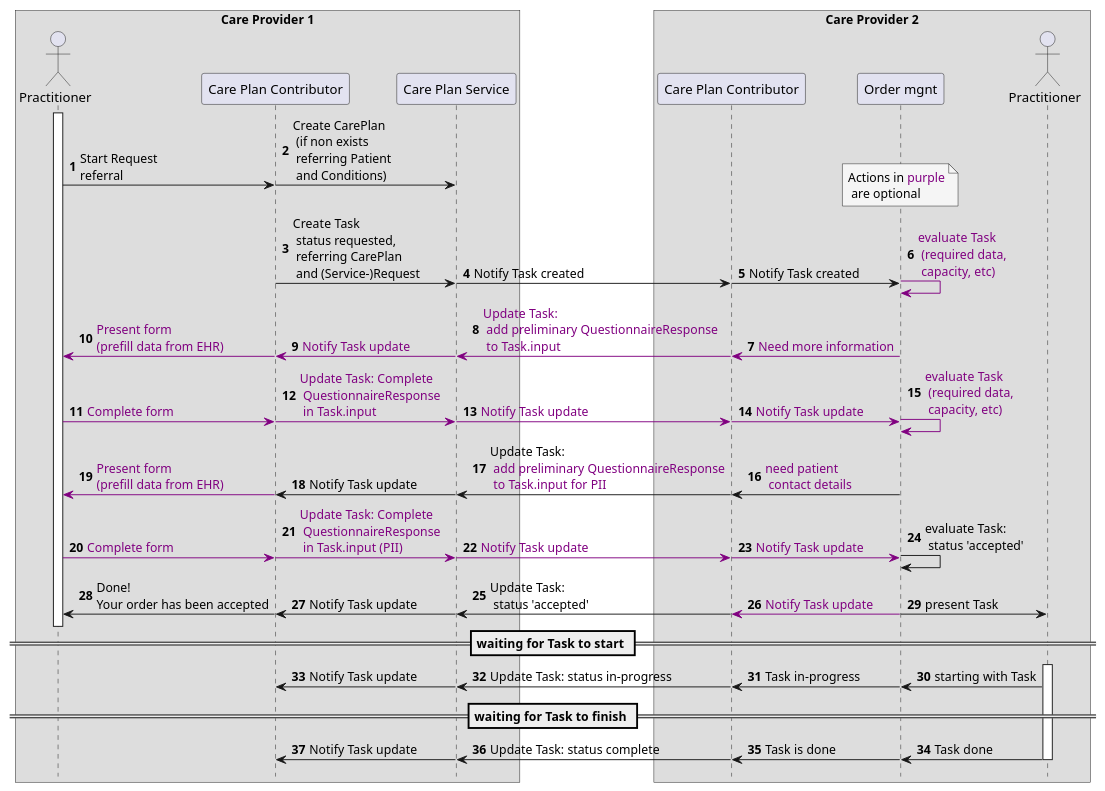
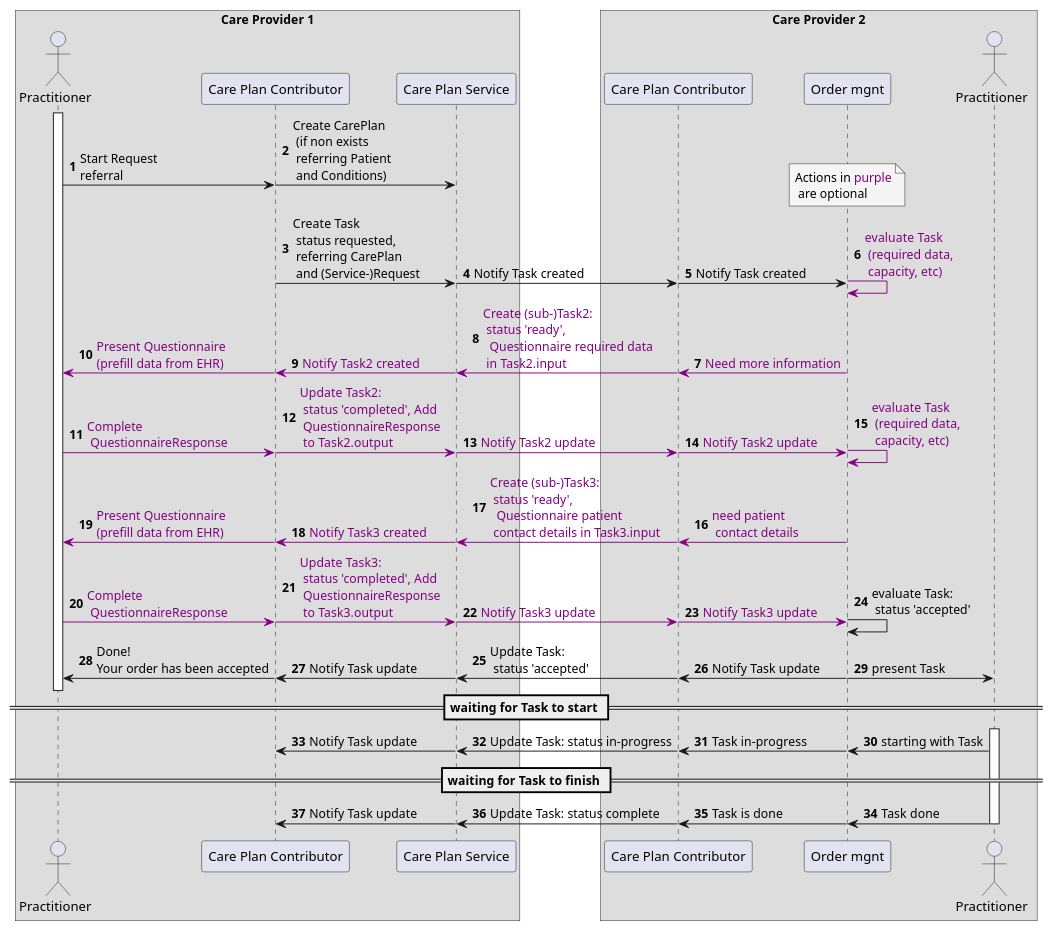
The diagram in input/images-source/overview-task-negotiation-1-2.plantuml (SanteonNL/shared-care-planning), drawn with PlantUML before and after one commit. The commit also changed 4 other files, not shown here.

```diff
--- a/input/images-source/overview-task-negotiation-1-2.plantuml
+++ b/input/images-source/overview-task-negotiation-1-2.plantuml
@@ -1,73 +1,71 @@
 @startuml overview-task-negotiation-1-2
 autonumber
 !pragma teoz true
 
 box Care Provider 1
     actor "Practitioner" as Practitioner1
     participant "Care Plan Contributor" as CPC1
     participant "Care Plan Service" as CPS
 end box
 box Care Provider 2
      participant "Care Plan Contributor" as CPC2
     participant "Order mgnt" as EHR2
     actor "Practitioner" as Practitioner2
 end box
 
-hide footbox
-
 activate Practitioner1
 Practitioner1 -> CPC1 : Start Request\nreferral
 &CPC1 -> CPS : Create CarePlan\n (if non exists\n referring Patient\n and Conditions)
 & note over EHR2 #WhiteSmoke
 Actions in <color #purple>purple
  are optional
 end note
 CPC1 -> CPS : Create Task\n status requested,\n referring CarePlan\n and (Service-)Request
 & CPS -> CPC2  : Notify Task created
 & CPC2 -> EHR2  : Notify Task created
 & EHR2 -[#purple]> EHR2 : <color #purple>evaluate Task\n <color #purple>(required data,\n <color #purple>capacity, etc)
 
 
 EHR2 -[#purple]> CPC2 : <color #purple>Need more information
-& CPC2 -[#purple]> CPS  : <color #purple>Update Task:\n <color #purple>add preliminary QuestionnaireResponse\n <color #purple>to Task.input
-& CPS -[#purple]> CPC1 : <color #purple>Notify Task update
-& CPC1 -[#purple]> Practitioner1 : <color #purple>Present form\n<color #purple>(prefill data from EHR)
+& CPC2 -[#purple]> CPS  : <color #purple>Create (sub-)Task2:\n <color #purple>status 'ready',\n <color #purple> Questionnaire required data\n <color #purple>in Task2.input
+& CPS -[#purple]> CPC1 : <color #purple>Notify Task2 created
+& CPC1 -[#purple]> Practitioner1 : <color #purple>Present Questionnaire\n<color #purple>(prefill data from EHR)
 
-Practitioner1 -[#purple]> CPC1 : <color #purple>Complete form
-& CPC1 -[#purple]> CPS : <color #purple>Update Task: Complete\n <color #purple>QuestionnaireResponse\n <color #purple>in Task.input
-& CPS -[#purple]> CPC2 : <color #purple>Notify Task update
-& CPC2 -[#purple]> EHR2 : <color #purple>Notify Task update
+Practitioner1 -[#purple]> CPC1 : <color #purple>Complete\n <color #purple>QuestionnaireResponse
+& CPC1 -[#purple]> CPS : <color #purple>Update Task2: \n <color #purple>status 'completed', Add\n <color #purple>QuestionnaireResponse\n <color #purple>to Task2.output
+& CPS -[#purple]> CPC2 : <color #purple>Notify Task2 update
+& CPC2 -[#purple]> EHR2 : <color #purple>Notify Task2 update
 & EHR2 -[#purple]> EHR2 : <color #purple>evaluate Task\n <color #purple>(required data,\n <color #purple>capacity, etc)
 
-EHR2 -> CPC2 : <color #purple>need patient\n <color #purple>contact details
-& CPC2 -> CPS : Update Task: \n <color #purple>add preliminary QuestionnaireResponse\n <color #purple>to Task.input for PII
-& CPS -> CPC1 : Notify Task update
-& CPC1 -[#purple]> Practitioner1 : <color #purple>Present form\n<color #purple>(prefill data from EHR)
+EHR2 -[#purple]> CPC2 : <color #purple>need patient\n <color #purple>contact details
+& CPC2 -[#purple]> CPS : <color #purple>Create (sub-)Task3: \n <color #purple>status 'ready',\n <color #purple> Questionnaire patient\n <color #purple>contact details in Task3.input
+& CPS -[#purple]> CPC1 :<color #purple>Notify Task3 created
+& CPC1 -[#purple]> Practitioner1 : <color #purple>Present Questionnaire\n<color #purple>(prefill data from EHR)
 
-Practitioner1 -[#purple]> CPC1 : <color #purple>Complete form
-& CPC1 -[#purple]> CPS : <color #purple>Update Task: Complete\n <color #purple>QuestionnaireResponse\n <color #purple>in Task.input (PII)
-& CPS -[#purple]> CPC2 : <color #purple>Notify Task update
-& CPC2 -[#purple]> EHR2 : <color #purple>Notify Task update
+Practitioner1 -[#purple]> CPC1 : <color #purple>Complete\n <color #purple>QuestionnaireResponse
+& CPC1 -[#purple]> CPS : <color #purple>Update Task3: \n <color #purple>status 'completed', Add\n <color #purple>QuestionnaireResponse\n <color #purple>to Task3.output
+& CPS -[#purple]> CPC2 : <color #purple>Notify Task3 update
+& CPC2 -[#purple]> EHR2 : <color #purple>Notify Task3 update
 & EHR2 -> EHR2 : evaluate Task:\n status 'accepted'
 
 CPC2 -> CPS : Update Task: \n status 'accepted'
-& EHR2 -[#purple]> CPC2 : <color #purple>Notify Task update
+& EHR2 -> CPC2 : Notify Task update
 & CPS -> CPC1 : Notify Task update
 & CPC1 -> Practitioner1 : Done!\nYour order has been accepted
 & EHR2 -> Practitioner2 : present Task
 deactivate Practitioner1
 
 == waiting for Task to start ==
 activate Practitioner2
 Practitioner2 -> EHR2 : starting with Task
 & EHR2 -> CPC2 : Task in-progress
 & CPC2 -> CPS : Update Task: status in-progress
 & CPS -> CPC1 : Notify Task update
 
 == waiting for Task to finish ==
 Practitioner2 -> EHR2 : Task done
 & EHR2 -> CPC2 : Task is done
 & CPC2 -> CPS : Update Task: status complete
 & CPS -> CPC1 : Notify Task update
 deactivate Practitioner2
 @enduml
```
